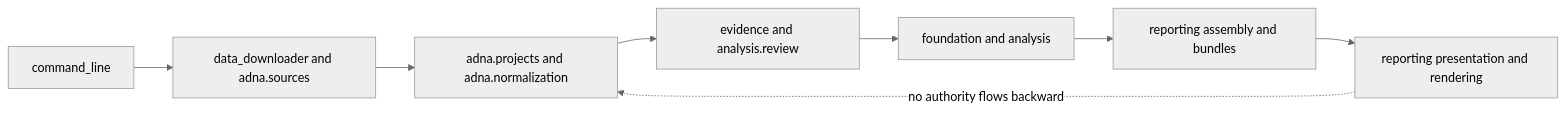
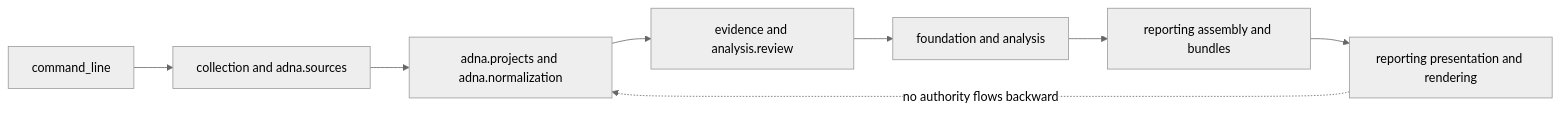
One commit to bijux/bijux-pollenomics changed the diagram in packages/bijux-pollenomics/docs/boundaries.md. Above: the diagram before and after it, drawn with Mermaid (neutral theme). The commit also changed other lines of this file and 176 other files, not shown here.

````diff
--- a/packages/bijux-pollenomics/docs/boundaries.md
+++ b/packages/bijux-pollenomics/docs/boundaries.md
@@ -12,10 +12,10 @@
 ```mermaid
 flowchart LR
-    Command["command_line"] --> Intake["data_downloader and adna.sources"]
+    Command["command_line"] --> Intake["collection and adna.sources"]
     Intake --> Evidence["adna.projects and adna.normalization"]
     Evidence --> Review["evidence and analysis.review"]
     Review --> Product["foundation and analysis"]
     Product --> Assembly["reporting assembly and bundles"]
     Assembly --> Render["reporting presentation and rendering"]
     Render -. no authority flows backward .-> Evidence
 ```
````
